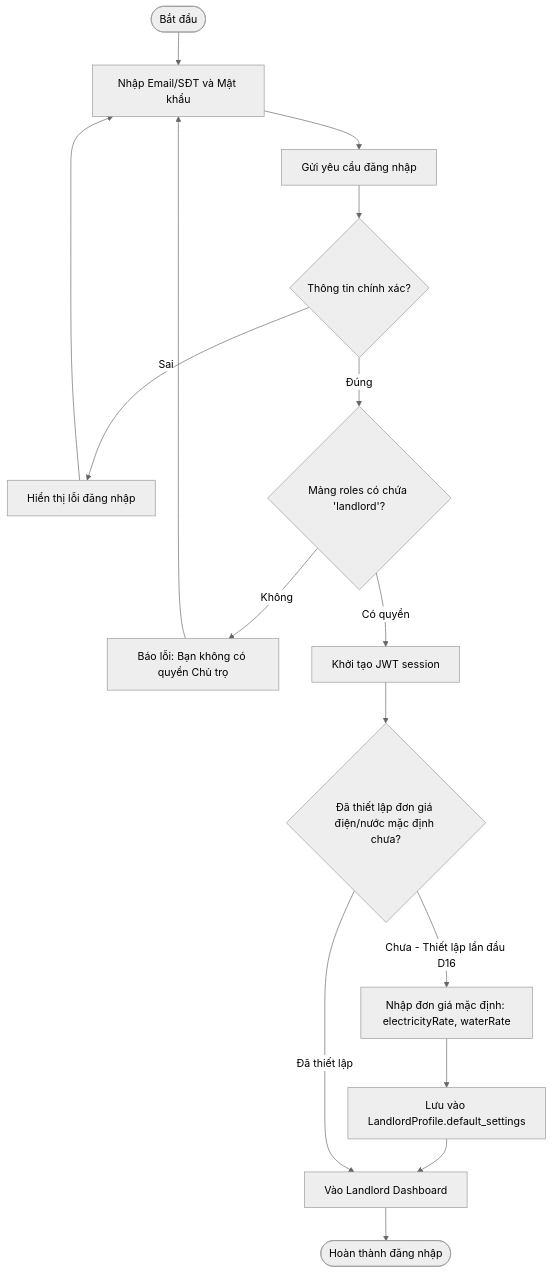
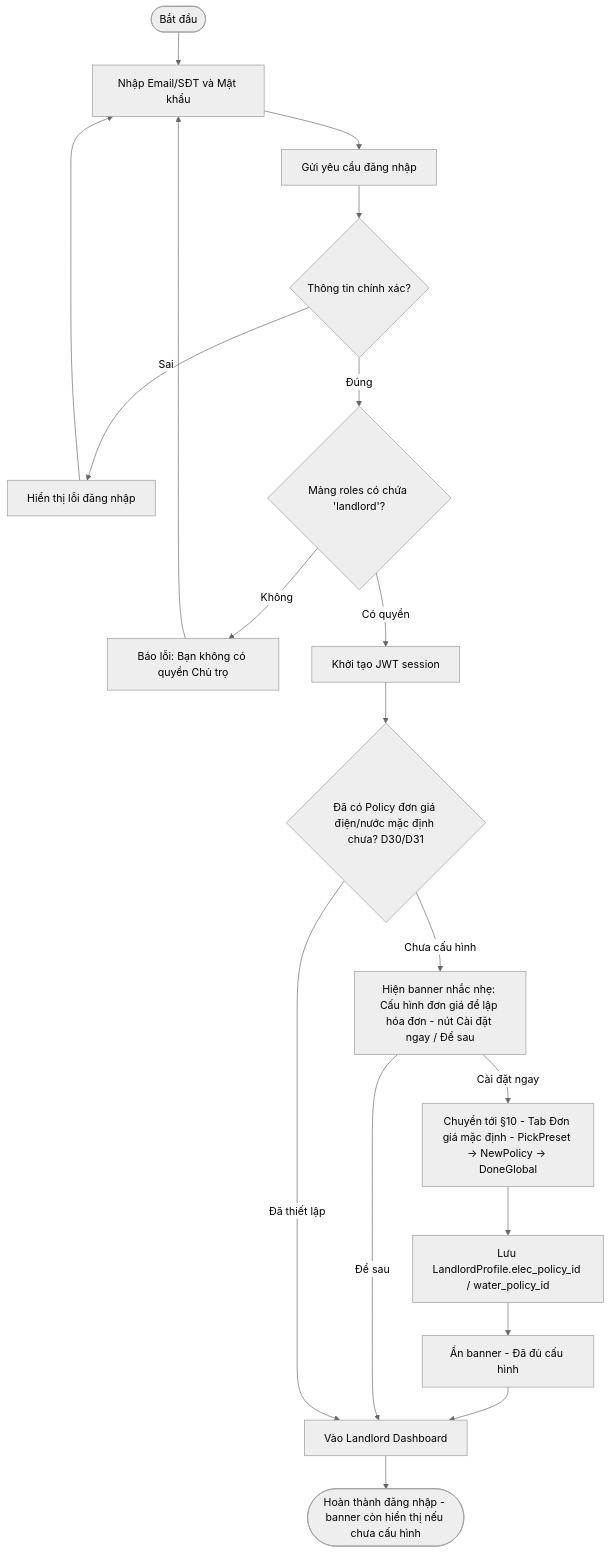
Before and after one commit to pbl6-home-renter/docs: the second of 9 diagrams in phase-1/discovery/user_flow/landlord_user_flow.md, drawn with Mermaid (neutral theme). The commit also changed other lines of this file and 19 other files, not shown here.

Commit message:
feat: Enhance landlord and tenant user flows with detailed billing and fee structures

````diff
--- a/phase-1/discovery/user_flow/landlord_user_flow.md
+++ b/phase-1/discovery/user_flow/landlord_user_flow.md
@@ -42,21 +42,24 @@
 ```mermaid
 flowchart TD
     StartLLAuth([Bắt đầu]) --> EnterLogin[Nhập Email/SĐT và Mật khẩu]
     EnterLogin --> SubmitLogin[Gửi yêu cầu đăng nhập]
     
     SubmitLogin --> CheckCreds{Thông tin chính xác?}
     CheckCreds -->|Sai| ShowErr[Hiển thị lỗi đăng nhập] --> EnterLogin
     
     CheckCreds -->|Đúng| CheckLLRole{Mảng roles có chứa 'landlord'?}
     CheckLLRole -->|Không| ErrRole[Báo lỗi: Bạn không có quyền Chủ trọ] --> EnterLogin
     
     CheckLLRole -->|Có quyền| CreateSession[Khởi tạo JWT session]
-    CreateSession --> CheckGlobalRate{Đã thiết lập đơn giá điện/nước mặc định chưa?}
+    CreateSession --> CheckGlobalRate{Đã có Policy đơn giá điện/nước mặc định chưa? D30/D31}
     
-    CheckGlobalRate -->|Chưa - Thiết lập lần đầu D16| FormGlobalRate[Nhập đơn giá mặc định: electricityRate, waterRate]
-    FormGlobalRate --> SaveGlobalRate[Lưu vào LandlordProfile.default_settings]
-    SaveGlobalRate --> GoLLDash[Vào Landlord Dashboard]
+    CheckGlobalRate -->|Chưa cấu hình| ShowBanner[Hiện banner nhắc nhẹ: Cấu hình đơn giá để lập hóa đơn - nút Cài đặt ngay / Để sau]
+    ShowBanner -->|Cài đặt ngay| GotoRateSettings[Chuyển tới §10 - Tab Đơn giá mặc định - PickPreset → NewPolicy → DoneGlobal]
+    GotoRateSettings --> DoneCfgGlobal[Lưu LandlordProfile.elec_policy_id / water_policy_id]
+    DoneCfgGlobal --> HideBanner[Ẩn banner - Đã đủ cấu hình]
+    HideBanner --> GoLLDash[Vào Landlord Dashboard]
     
+    ShowBanner -->|Để sau| GoLLDash
     CheckGlobalRate -->|Đã thiết lập| GoLLDash
-    GoLLDash --> EndLLAuth([Hoàn thành đăng nhập])
+    GoLLDash --> EndLLAuth([Hoàn thành đăng nhập - banner còn hiển thị nếu chưa cấu hình])
 ```
````
